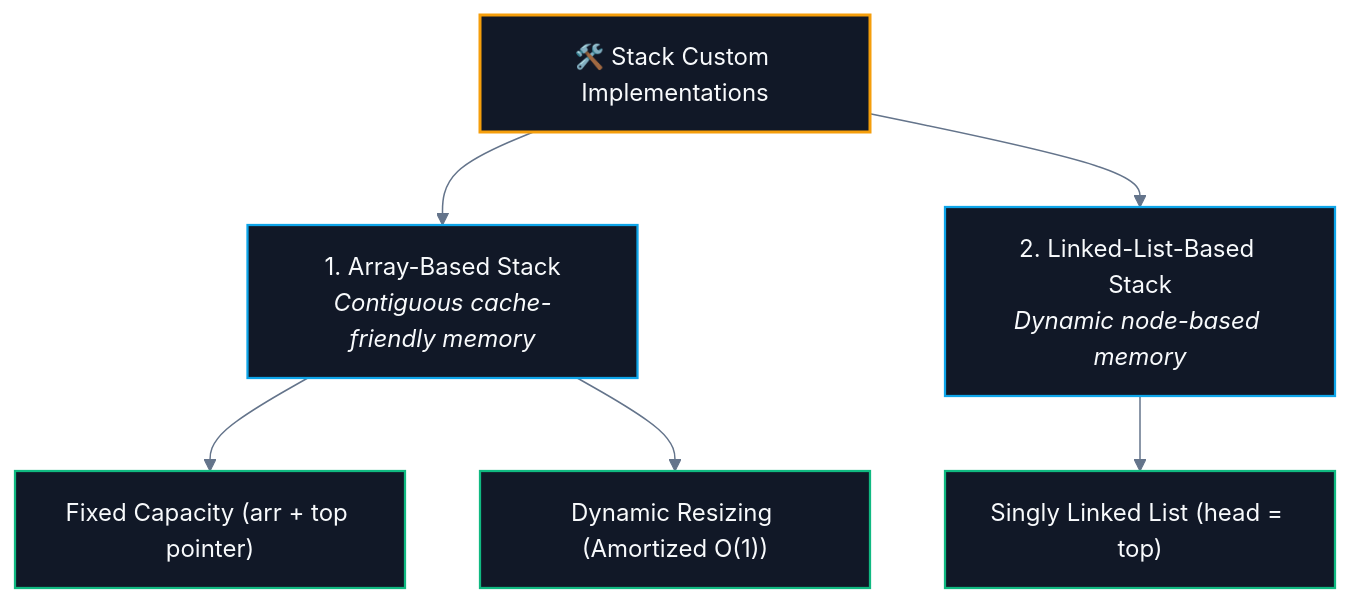
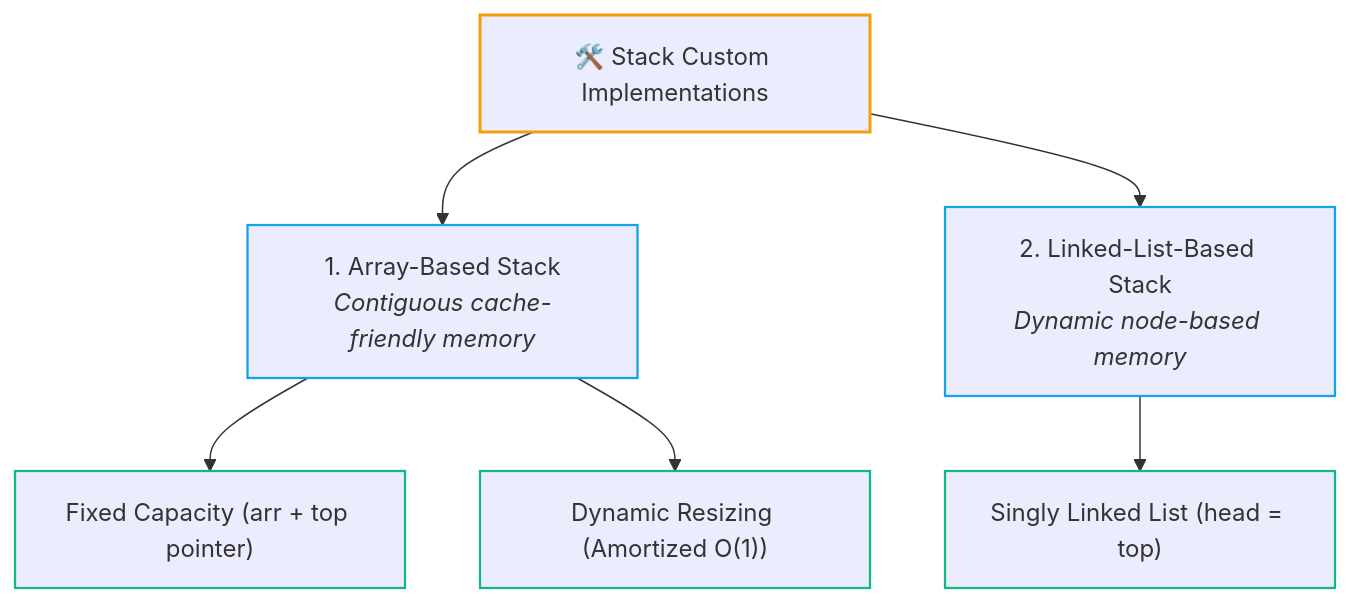
One commit to abhinavbharti2345/CS_Notes changed the first of 5 diagrams in CS/DSA/06. Stacks & Queues/02. Stack Implementation from Scratch.md. Above: the diagram before and after it, drawn with Mermaid. The commit also changed other lines of this file and 91 other files, not shown here.

````diff
--- a/CS/DSA/06. Stacks & Queues/02. Stack Implementation from Scratch.md
+++ b/CS/DSA/06. Stacks & Queues/02. Stack Implementation from Scratch.md
@@ -31,19 +31,18 @@
 ```mermaid
-%%{init: {'theme': 'base', 'themeVariables': { 'darkMode': true, 'background': '#0B0F14', 'mainBkg': '#111827', 'primaryColor': '#111827', 'primaryTextColor': '#F8FAFC', 'primaryBorderColor': '#38BDF8', 'lineColor': '#64748B', 'secondaryColor': '#0B0F14', 'tertiaryColor': '#0B0F14', 'clusterBkg': '#0B0F14', 'clusterBorder': '#38BDF8' }}}%%
 flowchart TD
     StackImp["🛠️ Stack Custom Implementations"]
     StackImp --> A["1. Array-Based Stack<br/><i>Contiguous cache-friendly memory</i>"]
     StackImp --> LL["2. Linked-List-Based Stack<br/><i>Dynamic node-based memory</i>"]
 
     A --> A1["Fixed Capacity (arr + top pointer)"]
     A --> A2["Dynamic Resizing (Amortized O(1))"]
     
     LL --> LL1["Singly Linked List (head = top)"]
 
-    classDef root fill:#111827,stroke:#f59e0b,stroke-width:2px,color:#F8FAFC;
-    classDef branch fill:#111827,stroke:#0ea5e9,stroke-width:1.5px,color:#F8FAFC;
-    classDef leaf fill:#111827,stroke:#10b981,stroke-width:1.5px,color:#F8FAFC;
+    classDef root stroke:#f59e0b,stroke-width:2px;
+    classDef branch stroke:#0ea5e9,stroke-width:1.5px;
+    classDef leaf stroke:#10b981,stroke-width:1.5px;
     class StackImp root;
     class A,LL branch;
     class A1,A2,LL1 leaf;
 ```
````
